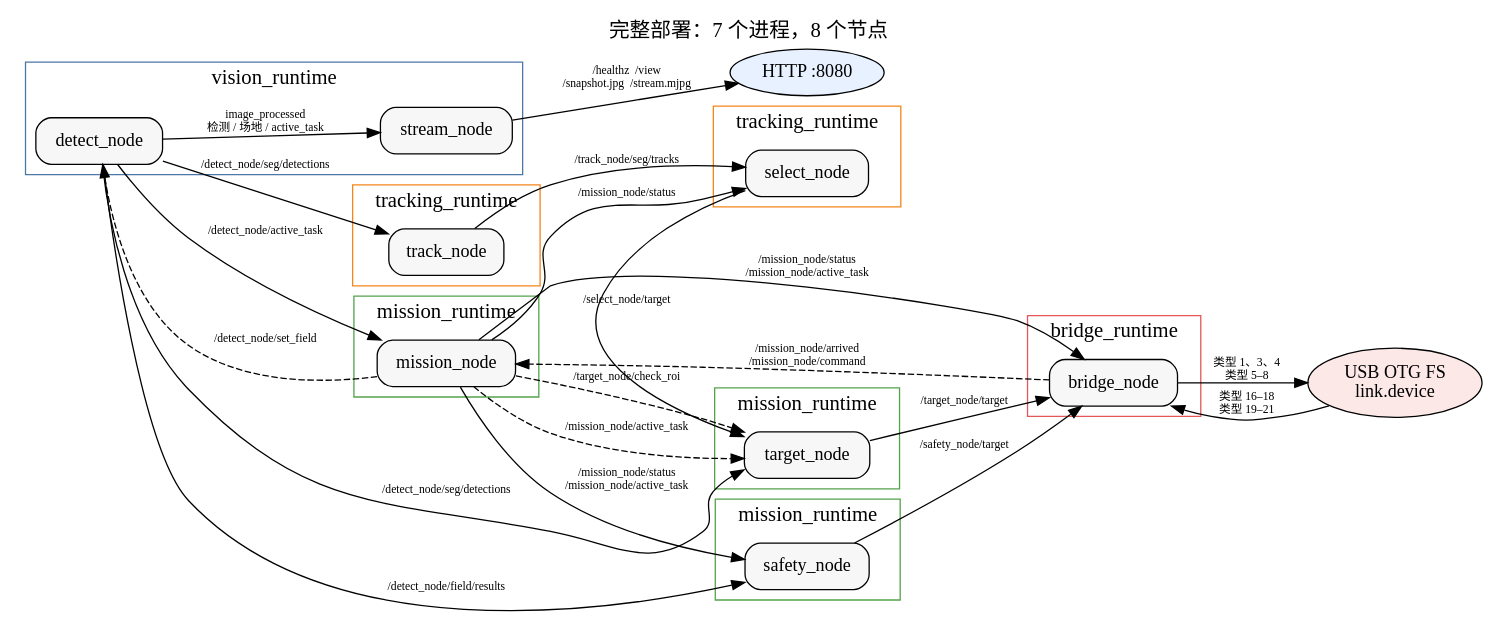
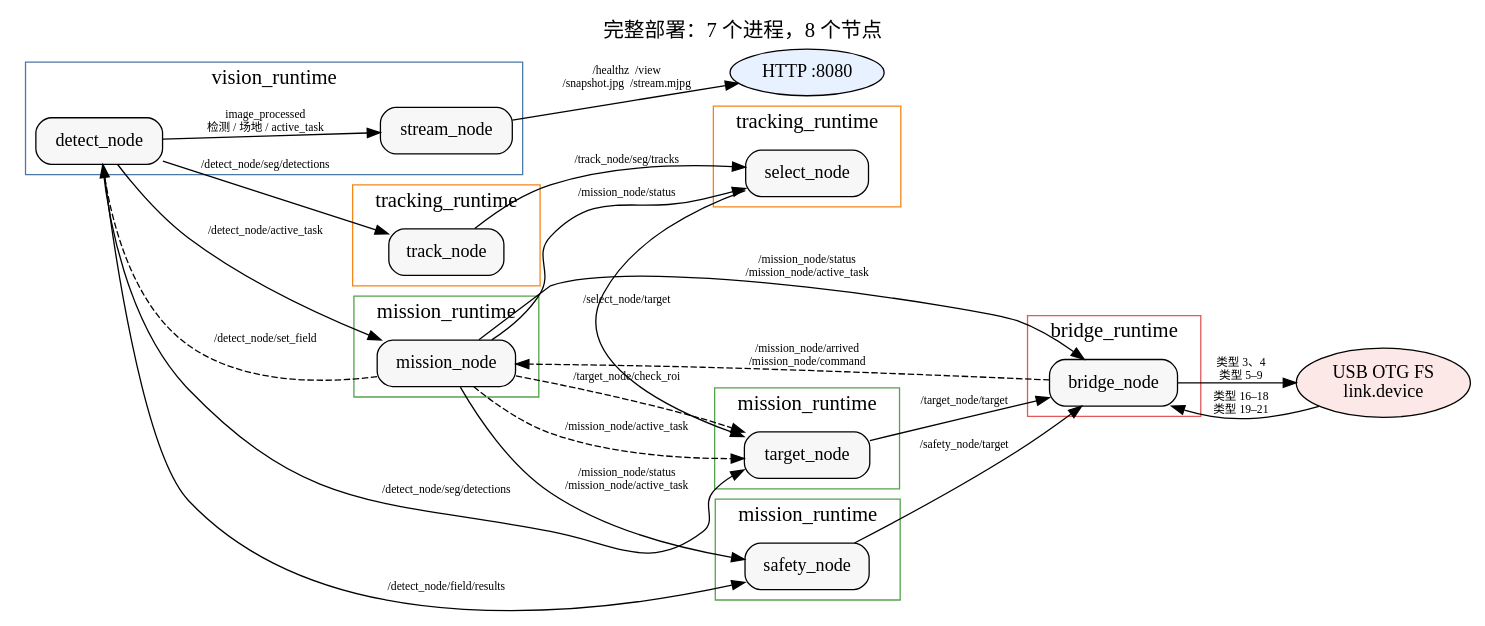
Before and after one commit to Lizzz000/gc-rescue-combined: the diagram in Jetson/docs/flowcharts/system.dot, drawn with Graphviz. The commit also changed 191 other files, not shown here.

```diff
--- a/Jetson/docs/flowcharts/system.dot
+++ b/Jetson/docs/flowcharts/system.dot
@@ -1,80 +1,80 @@
 digraph system {
   graph [
     fontname="Microsoft YaHei",
     rankdir=LR,
     label="完整部署：7 个进程，8 个节点",
     labelloc=t,
     fontsize=16,
     nodesep=0.35,
     ranksep=0.55
   ];
   node [fontname="Microsoft YaHei", shape=box, style="rounded,filled", fillcolor="#f7f7f7"];
   edge [fontname="Microsoft YaHei", fontsize=9];
 
   subgraph cluster_vision {
     label="vision_runtime";
     fontname="Microsoft YaHei";
     color="#4c78a8";
     detect [label="detect_node"];
     stream [label="stream_node"];
   }
   subgraph cluster_track {
     label="tracking_runtime";
     fontname="Microsoft YaHei";
     color="#f58518";
     track [label="track_node"];
   }
   subgraph cluster_select {
     label="tracking_runtime";
     fontname="Microsoft YaHei";
     color="#f58518";
     select [label="select_node"];
   }
   subgraph cluster_mission {
     label="mission_runtime";
     fontname="Microsoft YaHei";
     color="#54a24b";
     mission [label="mission_node"];
   }
   subgraph cluster_target {
     label="mission_runtime";
     fontname="Microsoft YaHei";
     color="#54a24b";
     target [label="target_node"];
   }
   subgraph cluster_safety {
     label="mission_runtime";
     fontname="Microsoft YaHei";
     color="#54a24b";
     safety [label="safety_node"];
   }
   subgraph cluster_bridge {
     label="bridge_runtime";
     fontname="Microsoft YaHei";
     color="#e45756";
     bridge [label="bridge_node"];
   }
 
   http [label="HTTP :8080", shape=ellipse, fillcolor="#e8f1ff"];
   can [label="USB OTG FS\nlink.device", shape=ellipse, fillcolor="#fde8e8"];
 
   detect -> track [label="/detect_node/seg/detections"];
   detect -> target [label="/detect_node/seg/detections"];
   detect -> safety [label="/detect_node/field/results"];
   detect -> stream [label="image_processed\n检测 / 场地 / active_task"];
   detect -> mission [label="/detect_node/active_task"];
   mission -> detect [label="/detect_node/set_field", style=dashed];
   track -> select [label="/track_node/seg/tracks"];
   select -> target [label="/select_node/target"];
   mission -> select [label="/mission_node/status"];
   mission -> target [label="/mission_node/active_task", style=dashed];
   mission -> target [label="/target_node/check_roi", style=dashed];
   mission -> safety [label="/mission_node/status\n/mission_node/active_task"];
   target -> bridge [label="/target_node/target"];
   safety -> bridge [label="/safety_node/target"];
   mission -> bridge [label="/mission_node/status\n/mission_node/active_task"];
   bridge -> mission [label="/mission_node/arrived\n/mission_node/command", style=dashed];
   stream -> http [label="/healthz  /view\n/snapshot.jpg  /stream.mjpg"];
-  bridge -> can [label="类型 1、3、4\n类型 5–8"];
+  bridge -> can [label="类型 3、4\n类型 5–9"];
   can -> bridge [label="类型 16–18\n类型 19–21"];
 }
```
